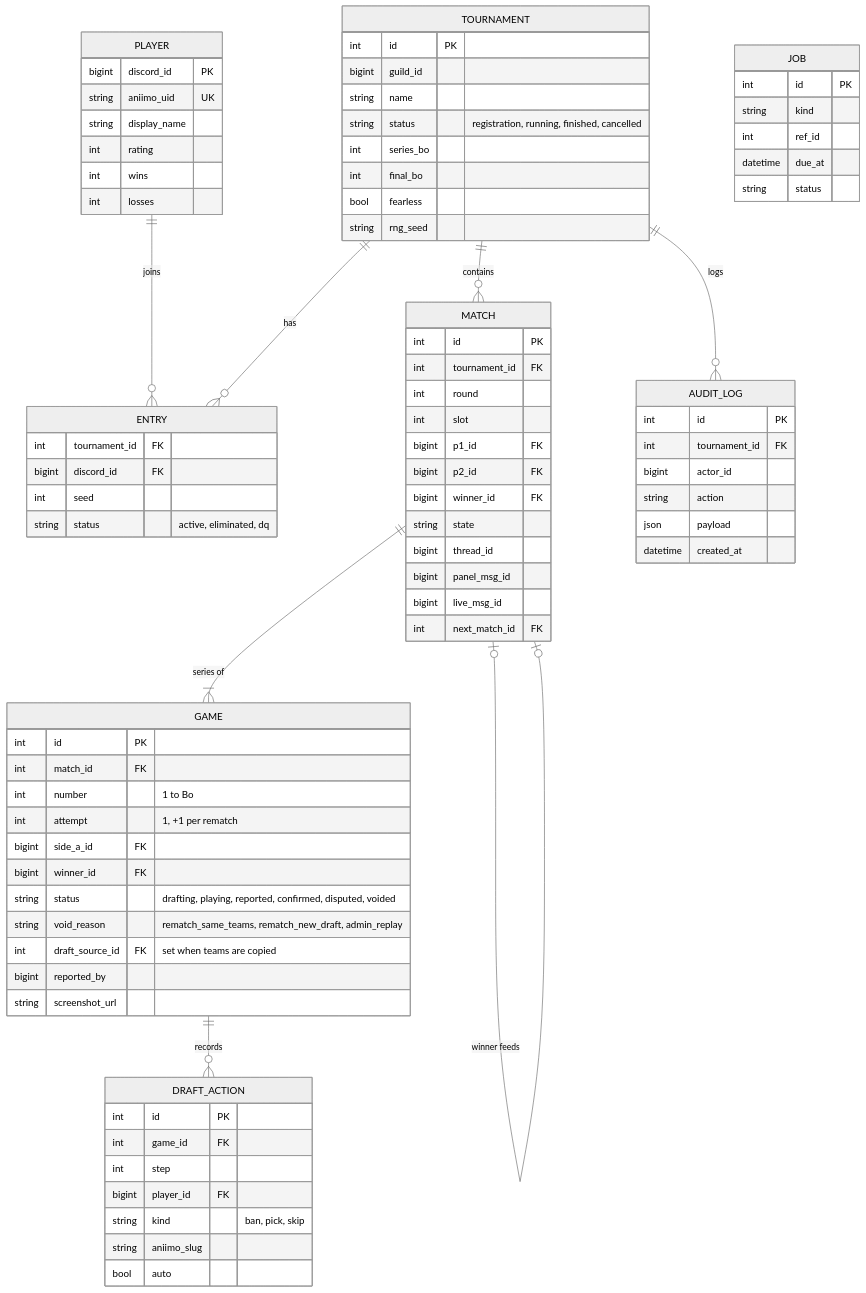
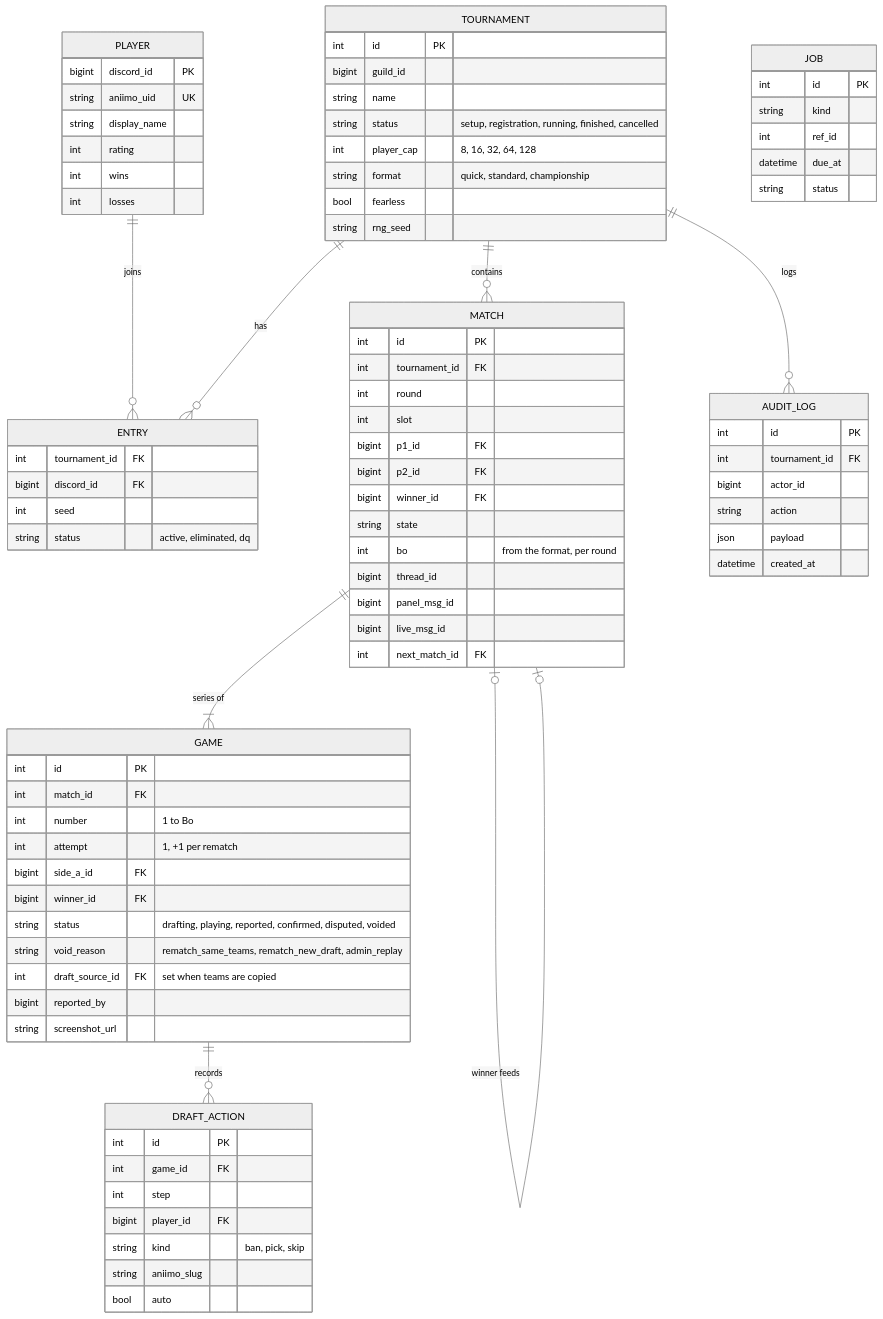
The ninth of 9 diagrams in docs/SYSTEM_DESIGN.md (lunaxoniichan/aniimo-pvp), drawn with Mermaid (neutral theme) before and after one commit. The commit also changed other lines of this file and 1 other file, not shown here.

```diff
--- a/docs/SYSTEM_DESIGN.md
+++ b/docs/SYSTEM_DESIGN.md
@@ -320,9 +353,9 @@
     int id PK
     bigint guild_id
     string name
-    string status "registration, running, finished, cancelled"
-    int series_bo
-    int final_bo
+    string status "setup, registration, running, finished, cancelled"
+    int player_cap "8, 16, 32, 64, 128"
+    string format "quick, standard, championship"
     bool fearless
     string rng_seed
   }
@@ -341,6 +374,7 @@
     bigint p2_id FK
     bigint winner_id FK
     string state
+    int bo "from the format, per round"
     bigint thread_id
     bigint panel_msg_id
     bigint live_msg_id
```
